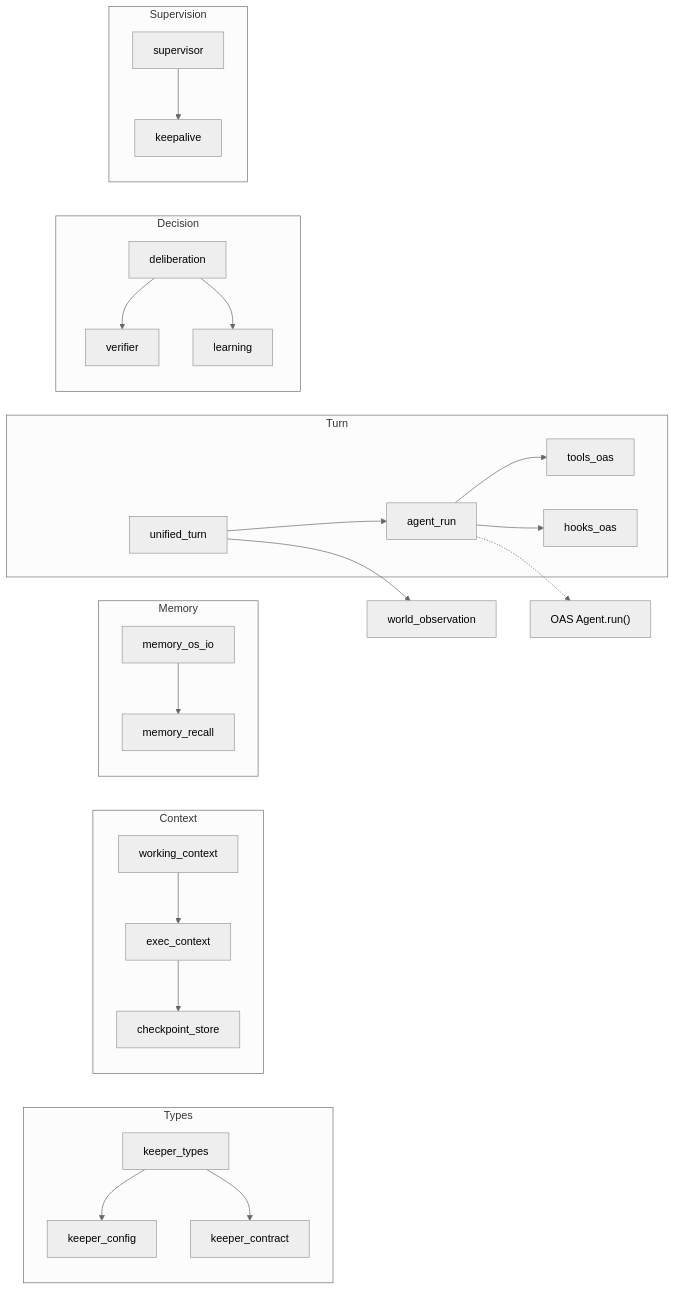
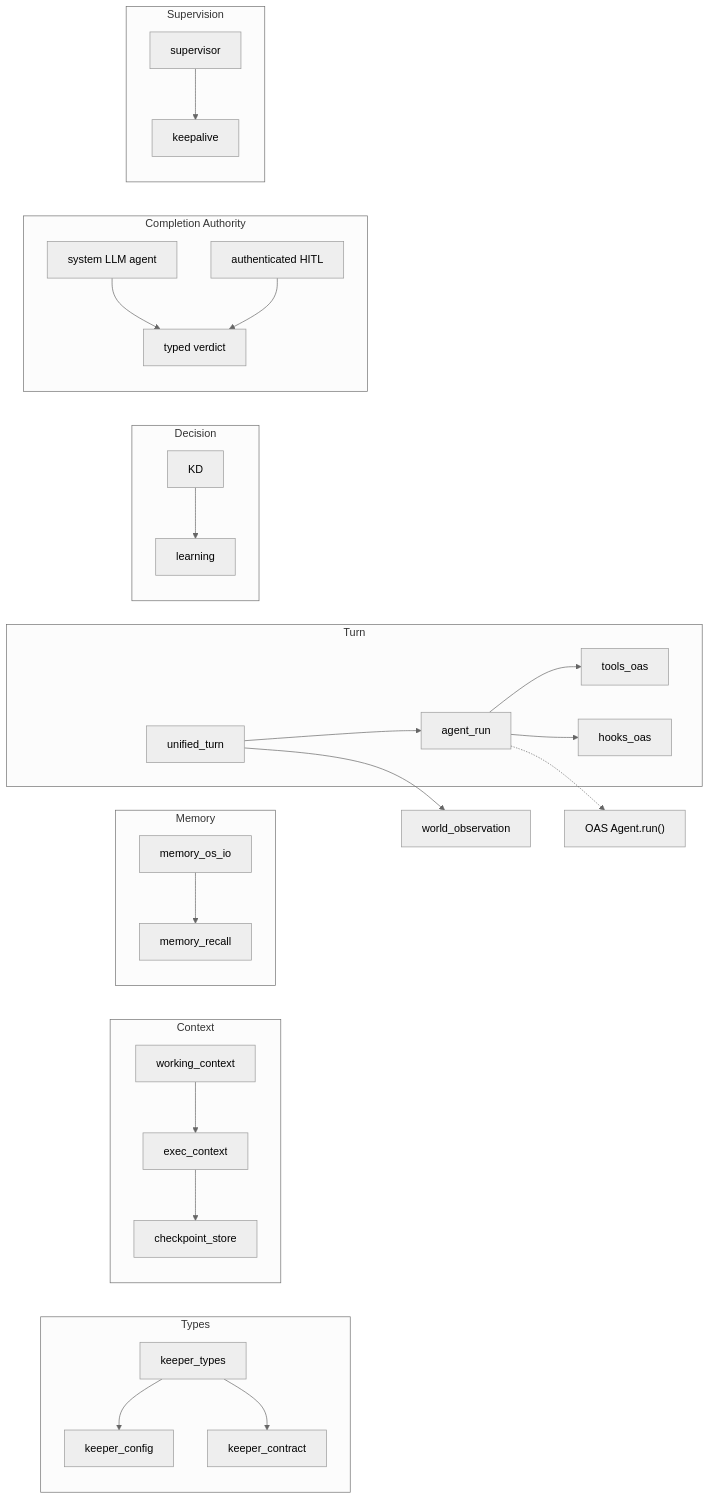
One commit to jeong-sik/masc changed the first of 4 diagrams in docs/spec/05-keeper-agent.md. Above: the diagram before and after it, drawn with Mermaid (neutral theme). The commit also changed other lines of this file and 2 other files, not shown here.

Commit message:
docs: define completion authority outside Keeper

````diff
--- a/docs/spec/05-keeper-agent.md
+++ b/docs/spec/05-keeper-agent.md
@@ -39,26 +39,29 @@
 ```mermaid
 graph LR
   subgraph Types
     KT[keeper_types] --> KC[keeper_config]
     KT --> KCT[keeper_contract]
   end
   subgraph Context
     KWC[working_context] --> KEC[exec_context] --> KCS[checkpoint_store]
   end
   subgraph Memory
     KMO[memory_os_io] --> KMR[memory_recall]
   end
   subgraph Turn
     KUT[unified_turn] --> KAR[agent_run] --> KTO[tools_oas]
     KAR --> KHO[hooks_oas]
   end
   subgraph Decision
-    KD[deliberation] --> KV[verifier]
     KD --> KL[learning]
+  end
+  subgraph Completion Authority
+    CA[system LLM agent] --> CV[typed verdict]
+    HO[authenticated HITL] --> CV
   end
   subgraph Supervision
     KRS[supervisor] --> KKA[keepalive]
   end
   KUT --> KWO[world_observation]
   KAR -.-> OAS["OAS Agent.run()"]
 ```
````
